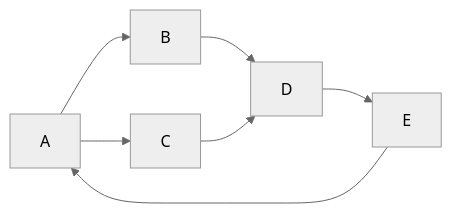
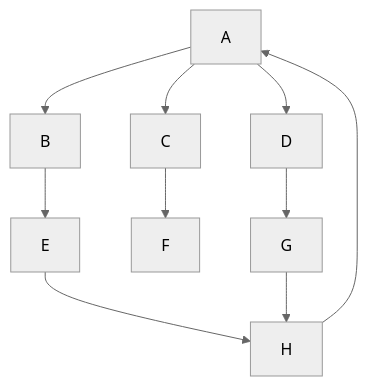
One commit to 15871687941/dep-analyze-cli-sourcecode changed the diagram in README.md. Above: the diagram before and after it, drawn with Mermaid (neutral theme). The commit also changed other lines of this file and 8 other files, not shown here.

````diff
--- a/README.md
+++ b/README.md
@@ -2,9 +1,12 @@
 ```mermaid
-graph LR
-A--> B
-A--> C
-B--> D
-C--> D
-D--> E
-E--> A
+graph
+    A-->B
+    A-->C
+    A-->D
+    B-->E
+    C-->F
+    D-->G
+    E-->H
+    G-->H
+    H-->A
 ```
````
